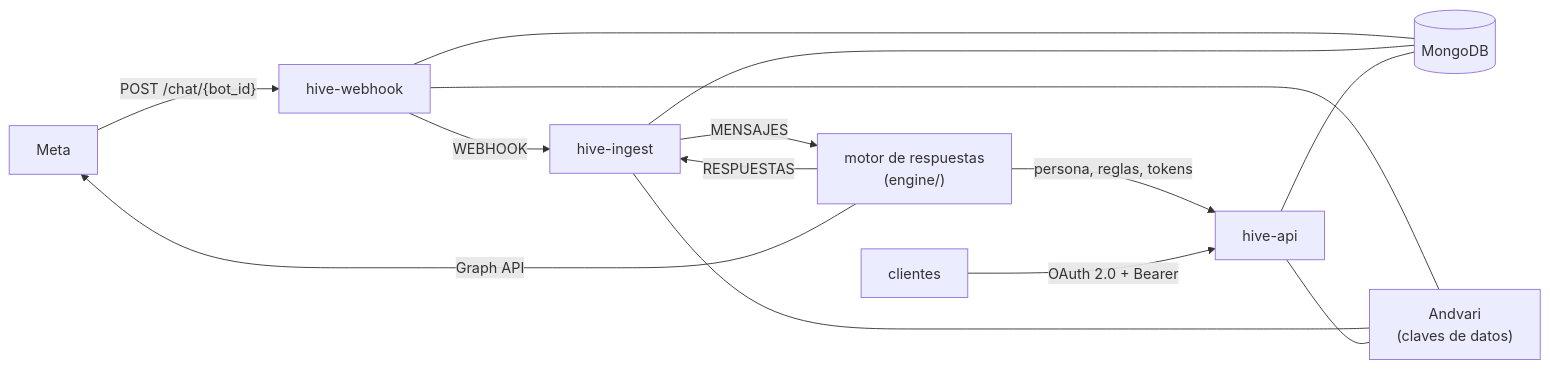
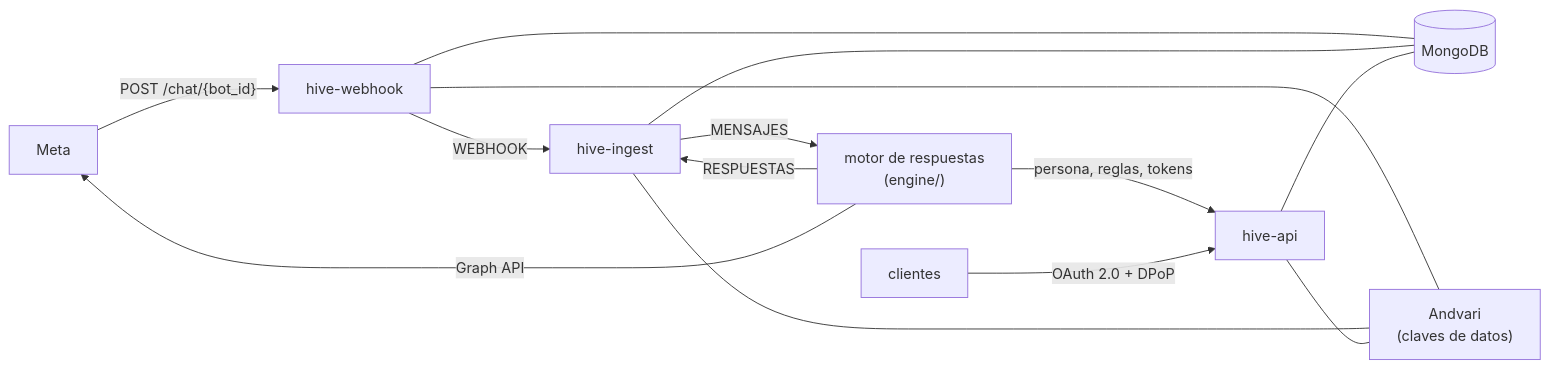
One commit to jeremialcala/hive changed the diagram in README.md. Above: the diagram before and after it, drawn with Mermaid. The commit also changed other lines of this file and 25 other files, not shown here.

````diff
--- a/README.md
+++ b/README.md
@@ -56,12 +56,12 @@
 ```mermaid
 flowchart LR
     META["Meta"] -- "POST /chat/{bot_id}" --> WH["hive-webhook"]
     WH -- "WEBHOOK" --> IN["hive-ingest"]
     IN -- "MENSAJES" --> EN["motor de respuestas<br/>(engine/)"]
     EN -- "RESPUESTAS" --> IN
     EN -- "Graph API" --> META
     EN -- "persona, reglas, tokens" --> API["hive-api"]
-    CL["clientes"] -- "OAuth 2.0 + Bearer" --> API
+    CL["clientes"] -- "OAuth 2.0 + DPoP" --> API
     WH & IN & API --- DB[("MongoDB")]
     WH & IN & API --- KS["Andvari<br/>(claves de datos)"]
 ```
````
